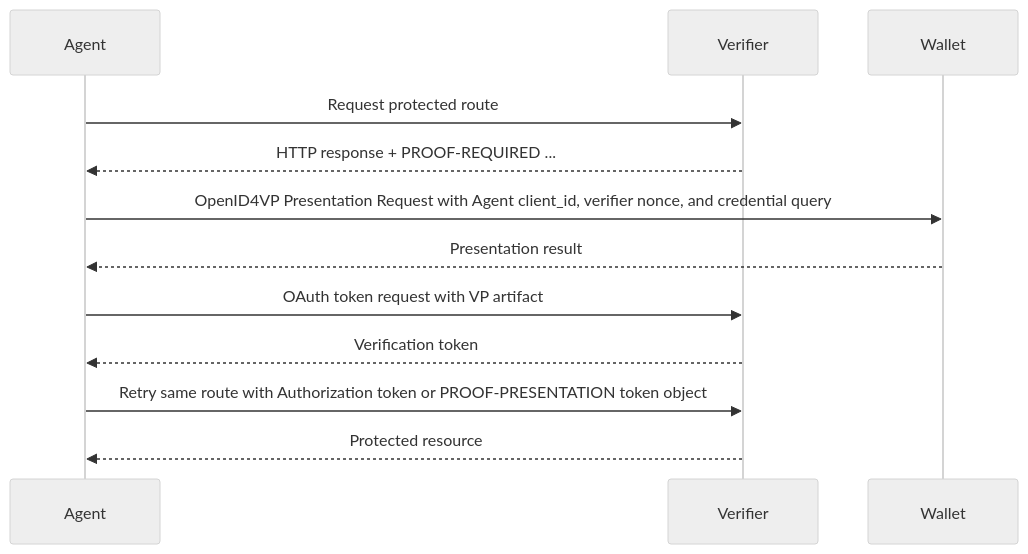
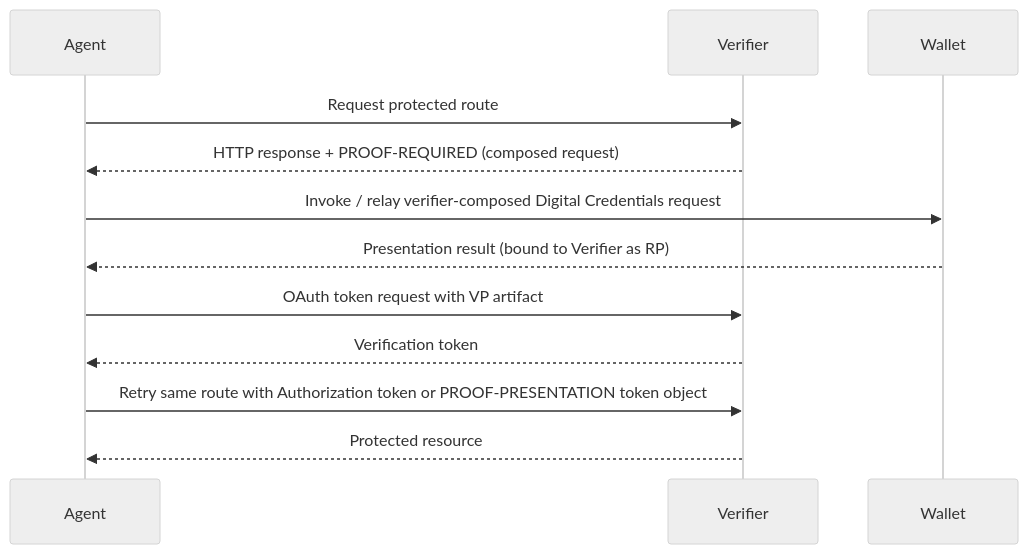
The second of 2 diagrams in spec.md (proof/x401), drawn with Mermaid (neutral theme) before and after one commit. The commit also changed other lines of this file and 8 other files, not shown here.

````diff
--- a/spec.md
+++ b/spec.md
@@ -256,14 +260,14 @@
 ```mermaid
 sequenceDiagram
     participant Agent
     participant Verifier
     participant Wallet
     Agent->>Verifier: Request protected route
-    Verifier-->>Agent: HTTP response + PROOF-REQUIRED ...
-    Agent->>Wallet: OpenID4VP Presentation Request with Agent client_id, verifier nonce, and credential query
-    Wallet-->>Agent: Presentation result
+    Verifier-->>Agent: HTTP response + PROOF-REQUIRED (composed request)
+    Agent->>Wallet: Invoke / relay verifier-composed Digital Credentials request
+    Wallet-->>Agent: Presentation result (bound to Verifier as RP)
     Agent->>Verifier: OAuth token request with VP artifact
     Verifier-->>Agent: Verification token
     Agent->>Verifier: Retry same route with Authorization token or PROOF-PRESENTATION token object
     Verifier-->>Agent: Protected resource
 ```
````
